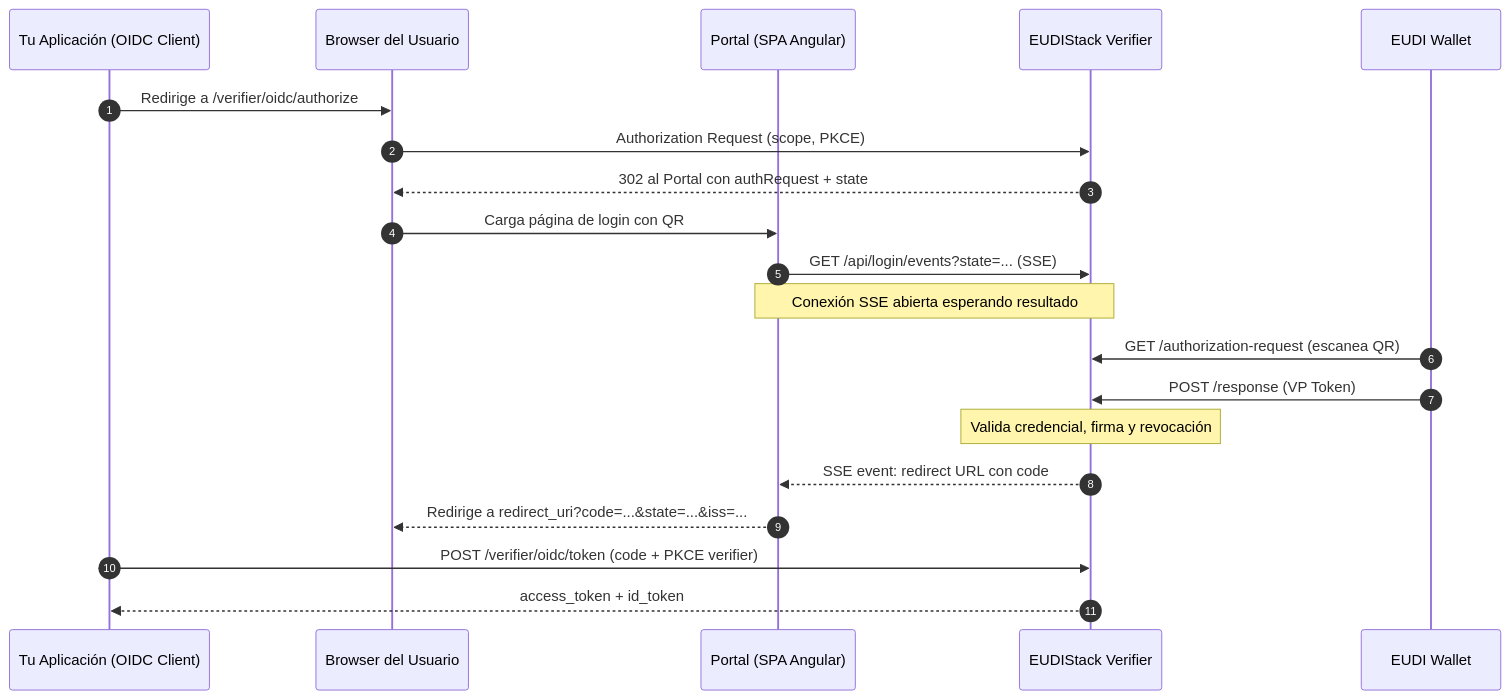
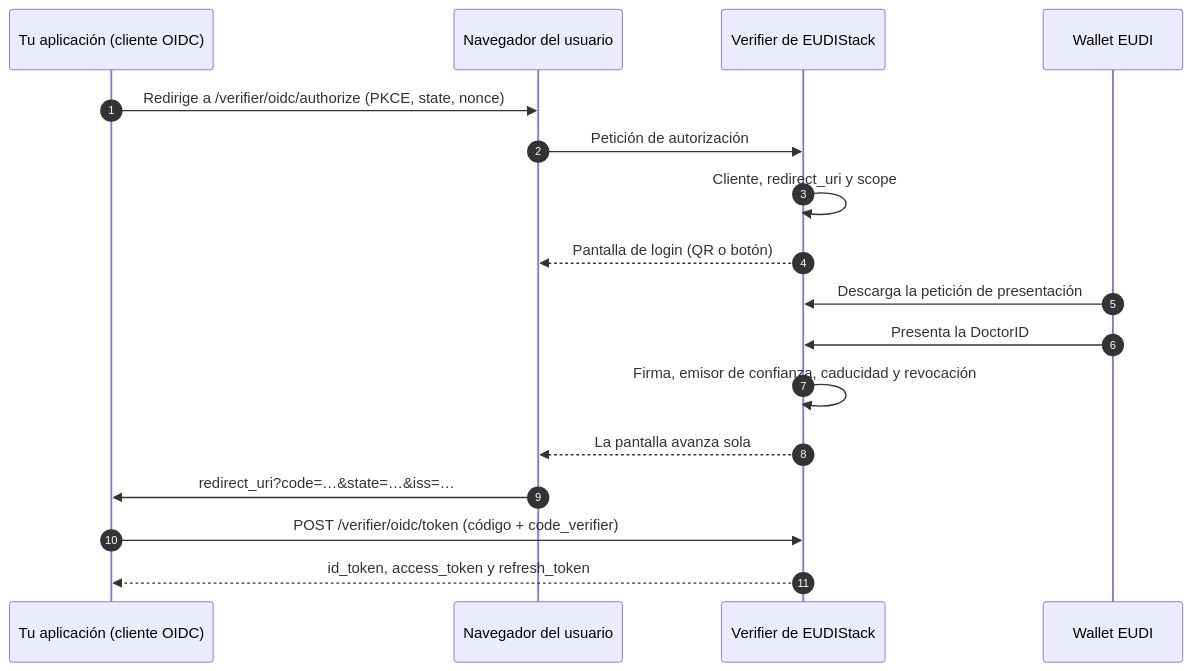
The diagram in docs/developers/guides/oidc-idp.md (in2workspace/eudistack-platform-docs), drawn with Mermaid before and after one commit. The commit also changed other lines of this file, not shown here.

First line of the commit message:
docs(oidc-idp): guía para integradores de una plataforma que consume la DoctorID

````diff
--- a/docs/developers/guides/oidc-idp.md
+++ b/docs/developers/guides/oidc-idp.md
@@ -38,27 +73,20 @@
 ```mermaid
 sequenceDiagram
     autonumber
-    participant App as Tu Aplicación (OIDC Client)
-    participant Browser as Browser del Usuario
-    participant Portal as Portal (SPA Angular)
-    participant Verifier as EUDIStack Verifier
-    participant Wallet as EUDI Wallet
+    participant App as Tu aplicación (cliente OIDC)
+    participant Browser as Navegador del usuario
+    participant Verifier as Verifier de EUDIStack
+    participant Wallet as Wallet EUDI
 
-    App->>Browser: Redirige a /verifier/oidc/authorize
-    Browser->>Verifier: Authorization Request (scope, PKCE)
-    Verifier-->>Browser: 302 al Portal con authRequest + state
-    Browser->>Portal: Carga página de login con QR
-
-    Portal->>Verifier: GET /api/login/events?state=... (SSE)
-    Note over Portal,Verifier: Conexión SSE abierta esperando resultado
-
-    Wallet->>Verifier: GET /authorization-request (escanea QR)
-    Wallet->>Verifier: POST /response (VP Token)
-    Note over Verifier: Valida credencial, firma y revocación
-
-    Verifier-->>Portal: SSE event: redirect URL con code
-    Portal-->>Browser: Redirige a redirect_uri?code=...&state=...&iss=...
-
-    App->>Verifier: POST /verifier/oidc/token (code + PKCE verifier)
-    Verifier-->>App: access_token + id_token
+    App->>Browser: Redirige a /verifier/oidc/authorize (PKCE, state, nonce)
+    Browser->>Verifier: Petición de autorización
+    Verifier->>Verifier: Cliente, redirect_uri y scope
+    Verifier-->>Browser: Pantalla de login (QR o botón)
+    Wallet->>Verifier: Descarga la petición de presentación
+    Wallet->>Verifier: Presenta la DoctorID
+    Verifier->>Verifier: Firma, emisor de confianza, caducidad y revocación
+    Verifier-->>Browser: La pantalla avanza sola
+    Browser->>App: redirect_uri?code=…&state=…&iss=…
+    App->>Verifier: POST /verifier/oidc/token (código + code_verifier)
+    Verifier-->>App: id_token, access_token y refresh_token
 ```
````
